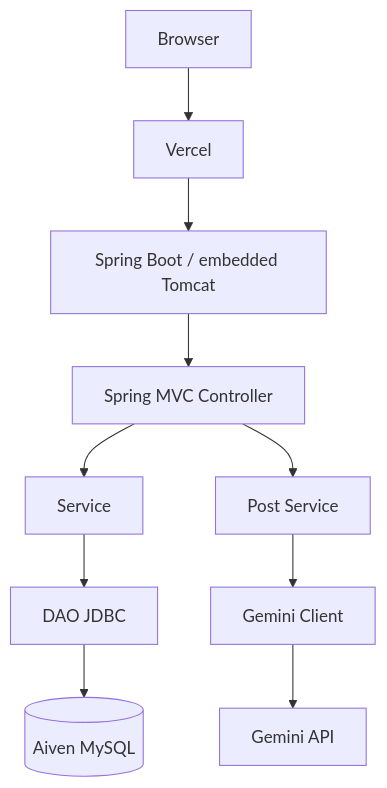
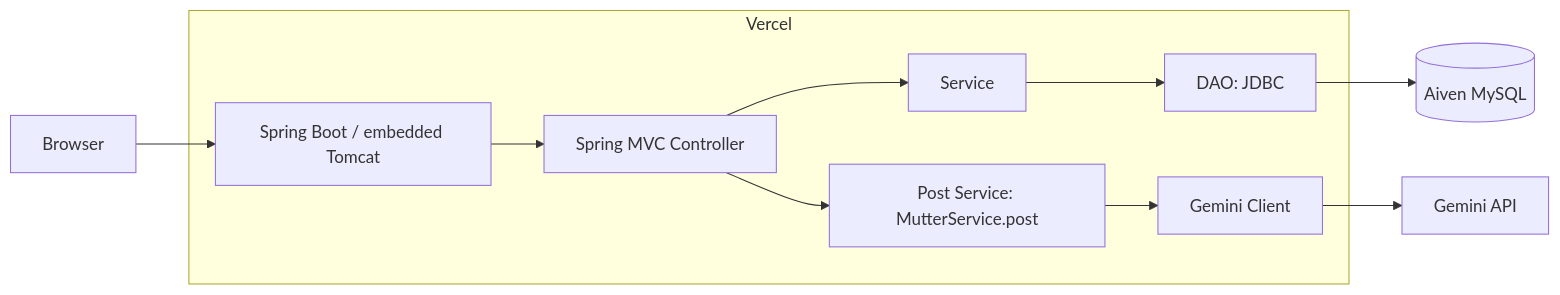
One commit to t-oikawa-sendai/dokoTsubu-platform changed the first of 2 diagrams in docs/design/05_ARCHITECTURE_DESIGN.md. Above: the diagram before and after it, drawn with Mermaid. The commit also changed other lines of this file and 7 other files, not shown here.

Commit message:
Document Version 3 UML and F/O/R ledger

````diff
--- a/docs/design/05_ARCHITECTURE_DESIGN.md
+++ b/docs/design/05_ARCHITECTURE_DESIGN.md
@@ -98,23 +83,18 @@
 ```mermaid
-flowchart TB
+flowchart LR
   BR[Browser]
-  VC[Vercel]
-  APP[Spring Boot / embedded Tomcat]
-  C[Spring MVC Controller]
-  S[Service]
-  D[DAO JDBC]
+  subgraph VC[Vercel]
+    APP[Spring Boot / embedded Tomcat]
+    C[Spring MVC Controller]
+    S[Service]
+    PS[Post Service: MutterService.post]
+    D[DAO: JDBC]
+    G[Gemini Client]
+  end
   DB[(Aiven MySQL)]
-  PS[Post Service]
-  G[Gemini Client]
   API[Gemini API]
 
-  BR --> VC
-  VC --> APP
-  APP --> C
-  C --> S
-  S --> D
-  D --> DB
-  C --> PS
-  PS --> G
-  G --> API
+  BR --> APP --> C
+  C --> S --> D --> DB
+  C --> PS --> G --> API
 ```
````
